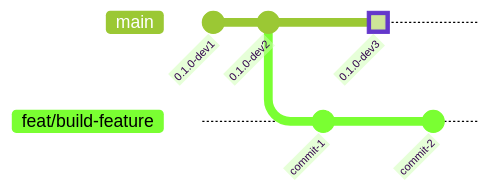
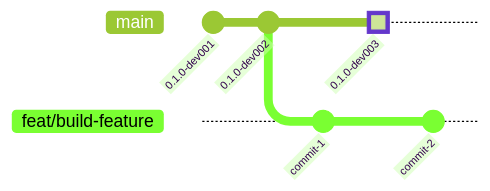
One commit to tomtom-international/commisery-action changed the fifth of 14 diagrams in docs/sdk-versioning.md. Above: the diagram before and after it, drawn with Mermaid (forest theme). The commit also changed other lines of this file, not shown here.

````diff
--- a/docs/sdk-versioning.md
+++ b/docs/sdk-versioning.md
@@ -316,12 +316,12 @@
 ```mermaid
 gitGraph
-  commit id: "0.1.0-dev1"
-  commit id: "0.1.0-dev2"
+  commit id: "0.1.0-dev001"
+  commit id: "0.1.0-dev002"
   branch feat/build-feature
   checkout feat/build-feature
   commit id: "commit-1"
   checkout main
-  commit id: "0.1.0-dev3" type: HIGHLIGHT
+  commit id: "0.1.0-dev003" type: HIGHLIGHT
   checkout feat/build-feature
   commit id: "commit-2"
 ```
````
